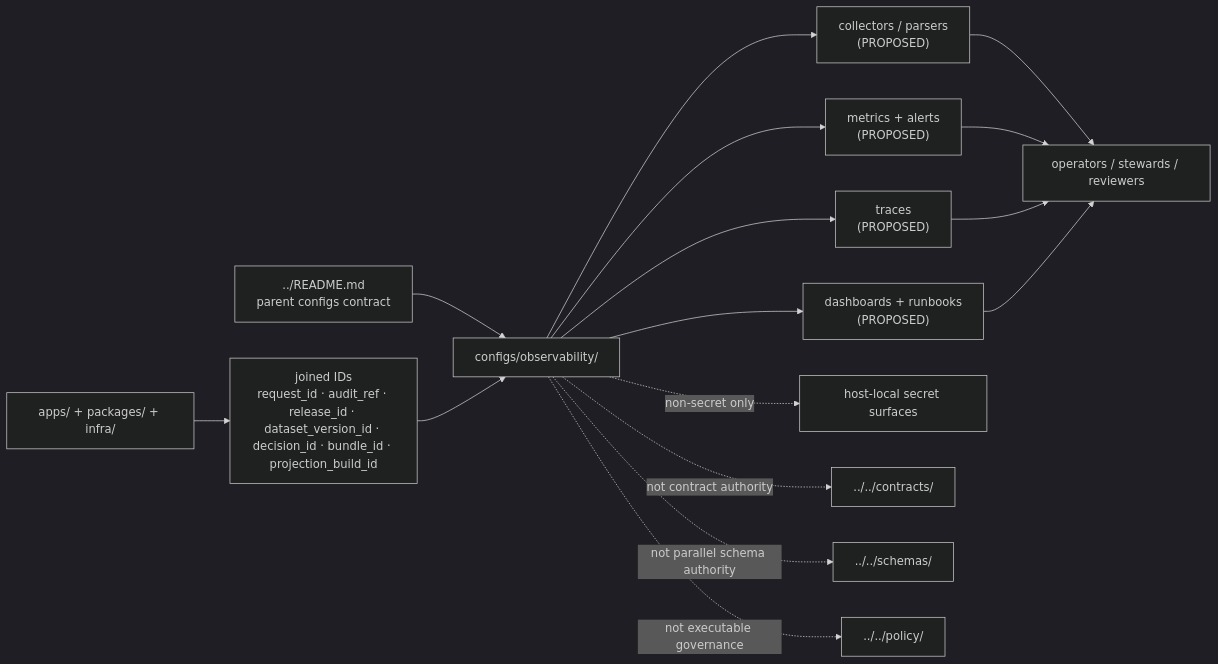
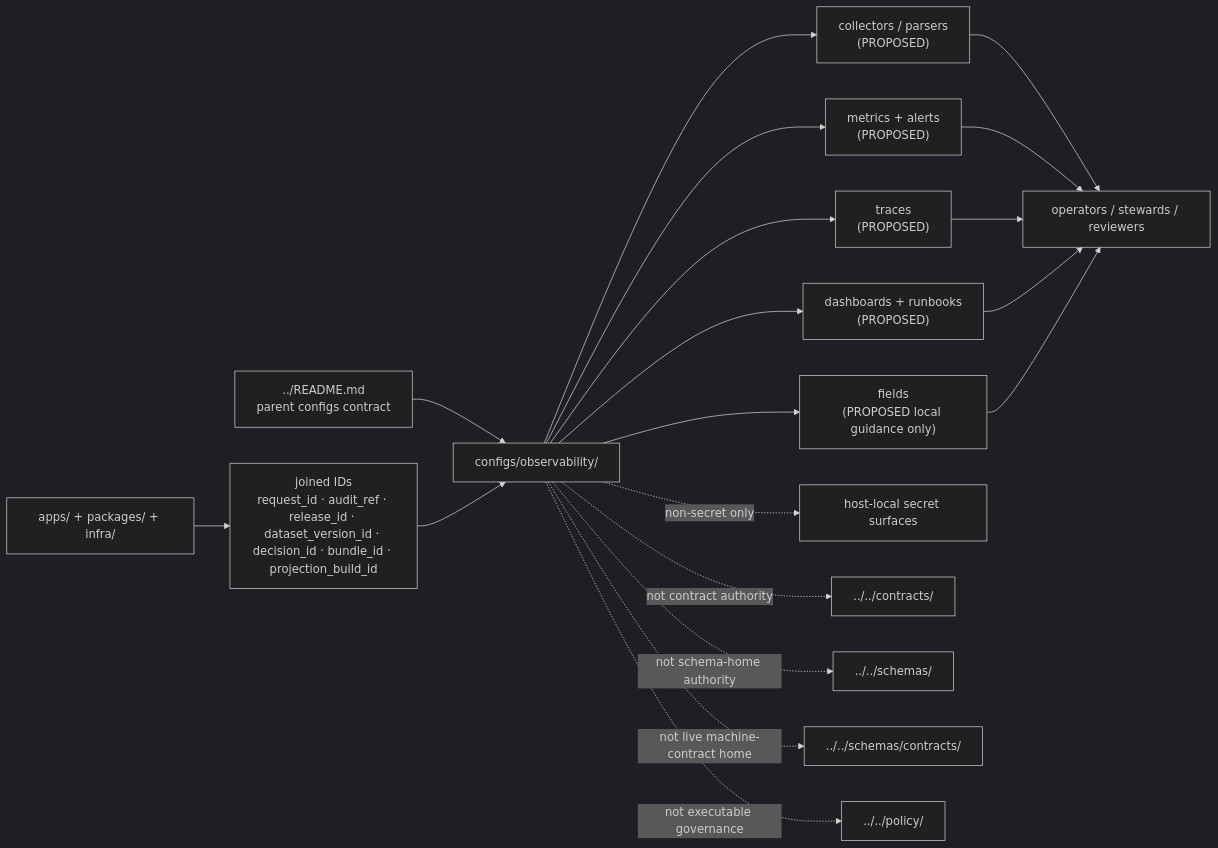
One commit to bartytime4life/Kansas-Frontier-Matrix changed the diagram in configs/observability/README.md. Above: the diagram before and after it, drawn with Mermaid (dark theme). The commit also changed other lines of this file, not shown here.

````diff
--- a/configs/observability/README.md
+++ b/configs/observability/README.md
@@ -279,21 +298,24 @@
 ```mermaid
 flowchart LR
     P["../README.md<br/>parent configs contract"] --> O["configs/observability/"]
     O --> C["collectors / parsers<br/>(PROPOSED)"]
     O --> M["metrics + alerts<br/>(PROPOSED)"]
     O --> T["traces<br/>(PROPOSED)"]
     O --> D["dashboards + runbooks<br/>(PROPOSED)"]
+    O --> F["fields<br/>(PROPOSED local guidance only)"]
 
     A["apps/ + packages/ + infra/"] --> J["joined IDs<br/>request_id · audit_ref · release_id · dataset_version_id · decision_id · bundle_id · projection_build_id"]
     J --> O
 
     O -. "non-secret only" .-> S["host-local secret surfaces"]
     O -. "not contract authority" .-> K["../../contracts/"]
-    O -. "not parallel schema authority" .-> Z["../../schemas/"]
+    O -. "not schema-home authority" .-> Z["../../schemas/"]
+    O -. "not live machine-contract home" .-> SC["../../schemas/contracts/"]
     O -. "not executable governance" .-> Y["../../policy/"]
 
     C --> X["operators / stewards / reviewers"]
     M --> X
     T --> X
     D --> X
+    F --> X
 ```
````
